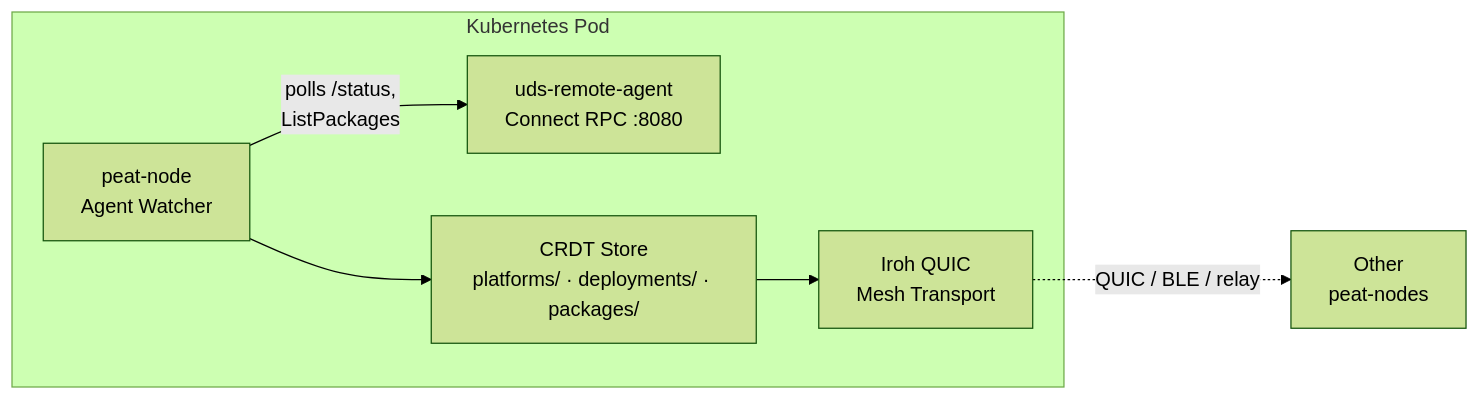
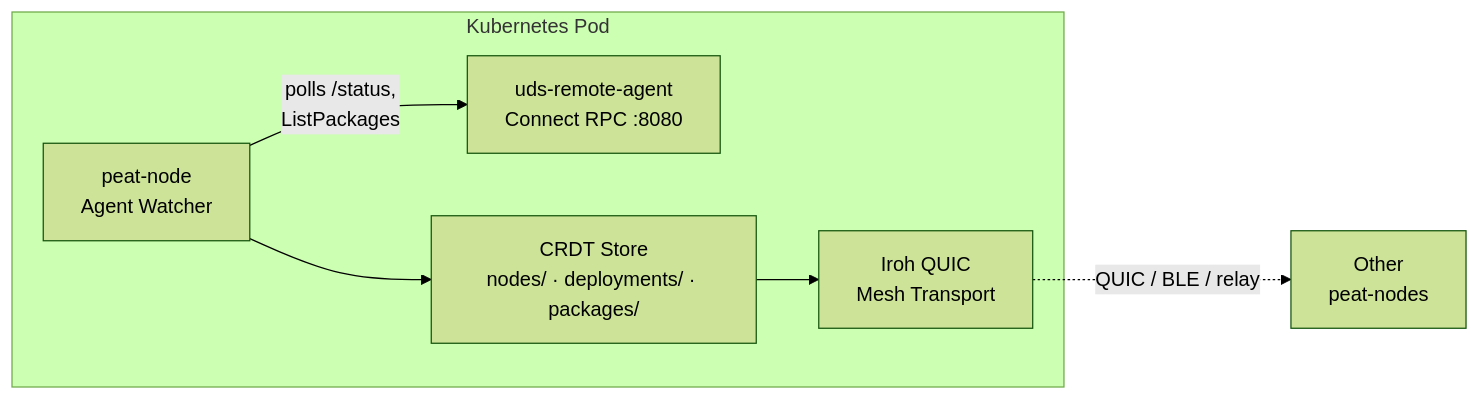
Before and after one commit to defenseunicorns/peat-node: the fourth of 4 diagrams in docs/DESIGN.md, drawn with Mermaid (forest theme). The commit also changed other lines of this file and 18 other files, not shown here.

````diff
--- a/docs/DESIGN.md
+++ b/docs/DESIGN.md
@@ -178,12 +178,12 @@
 ```mermaid
 graph LR
     subgraph pod["Kubernetes Pod"]
         agent["uds-remote-agent<br/>Connect RPC :8080"]
         watcher["peat-node<br/>Agent Watcher"]
-        crdt["CRDT Store<br/>platforms/ · deployments/ · packages/"]
+        crdt["CRDT Store<br/>nodes/ · deployments/ · packages/"]
         mesh["Iroh QUIC<br/>Mesh Transport"]
     end
     watcher -- "polls /status,<br/>ListPackages" --> agent
     watcher --> crdt --> mesh
     mesh -. "QUIC / BLE / relay" .-> others["Other<br/>peat-nodes"]
 ```
````
